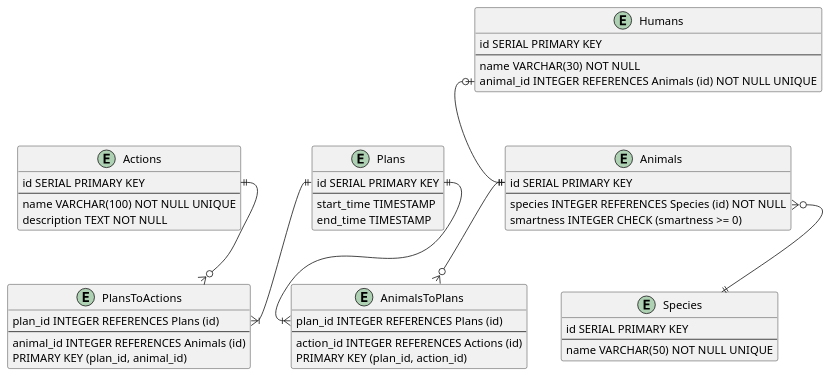
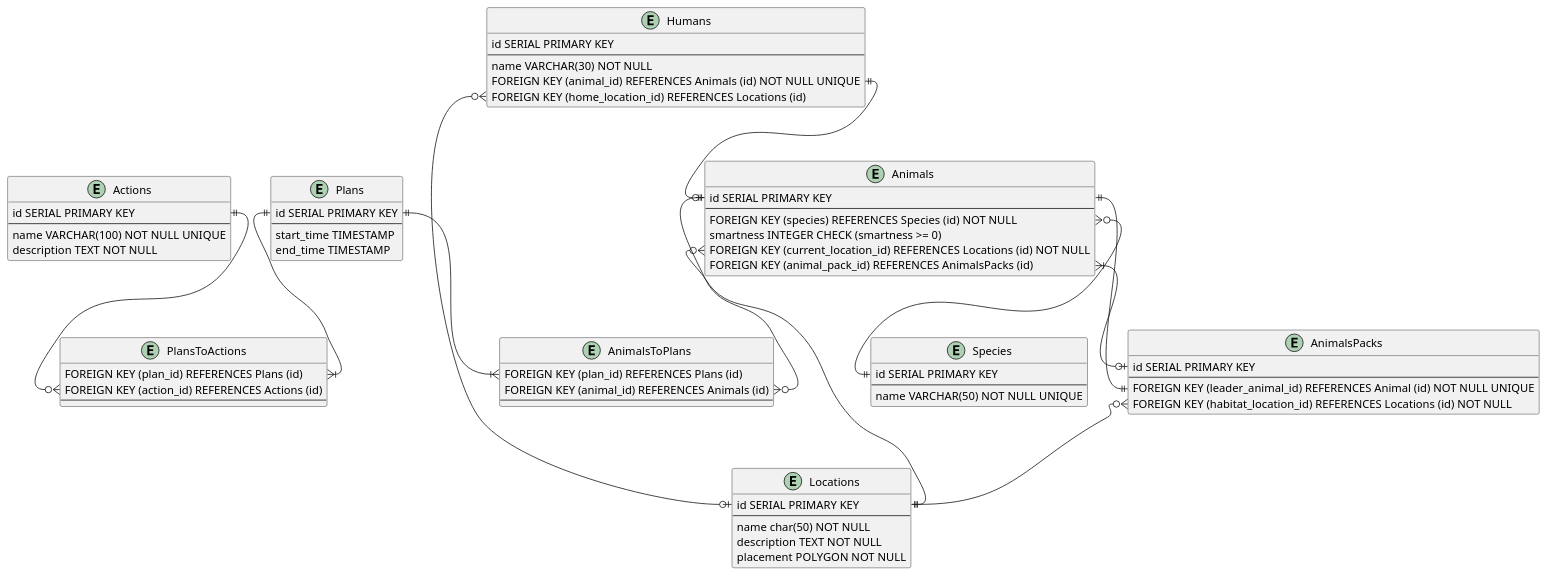
One commit to Mam-sDeveloper-ITMO/DB changed the diagram in lab0/assets/datamodel.puml. Above: the diagram before and after it, drawn with PlantUML. The commit also changed 7 other files, not shown here.

```diff
--- a/lab0/assets/datamodel.puml
+++ b/lab0/assets/datamodel.puml
@@ -1,63 +1,86 @@
 @startuml Data Model
 
 entity Humans {
     id SERIAL PRIMARY KEY
     --
     name VARCHAR(30) NOT NULL
-    animal_id INTEGER REFERENCES Animals (id) NOT NULL UNIQUE
+    FOREIGN KEY (animal_id) REFERENCES Animals (id) NOT NULL UNIQUE
+    FOREIGN KEY (home_location_id) REFERENCES Locations (id)
 }
 
 entity AnimalsToPlans {
-    plan_id INTEGER REFERENCES Plans (id)
+    FOREIGN KEY (plan_id) REFERENCES Plans (id)
+    FOREIGN KEY (animal_id) REFERENCES Animals (id)
     --
-    action_id INTEGER REFERENCES Actions (id)
-    PRIMARY KEY (plan_id, action_id)
 }
 
 
 entity Animals {
     id SERIAL PRIMARY KEY
     --
-    species INTEGER REFERENCES Species (id) NOT NULL
+    FOREIGN KEY (species) REFERENCES Species (id) NOT NULL
     smartness INTEGER CHECK (smartness >= 0)
+    FOREIGN KEY (current_location_id) REFERENCES Locations (id) NOT NULL
+    FOREIGN KEY (animal_pack_id) REFERENCES AnimalsPacks (id)
 }
 
 entity PlansToActions {
-    plan_id INTEGER REFERENCES Plans (id)
+    FOREIGN KEY (plan_id) REFERENCES Plans (id)
+    FOREIGN KEY (action_id) REFERENCES Actions (id)
     --
-    animal_id INTEGER REFERENCES Animals (id)
-    PRIMARY KEY (plan_id, animal_id)
 }
 
 entity Species {
     id SERIAL PRIMARY KEY
     --
     name VARCHAR(50) NOT NULL UNIQUE
 }
 
 entity Actions {
     id SERIAL PRIMARY KEY
     --
     name VARCHAR(100) NOT NULL UNIQUE
     description TEXT NOT NULL
 }
 
 entity Plans {
     id SERIAL PRIMARY KEY
     --
     start_time TIMESTAMP
     end_time TIMESTAMP
 }
 
+entity Locations {
+    id SERIAL PRIMARY KEY
+    --
+    name char(50) NOT NULL
+    description TEXT NOT NULL
+    placement POLYGON NOT NULL
+}
+
+entity AnimalsPacks {
+    id SERIAL PRIMARY KEY
+    --
+    FOREIGN KEY (leader_animal_id) REFERENCES Animal (id) NOT NULL UNIQUE
+    FOREIGN KEY (habitat_location_id) REFERENCES Locations (id) NOT NULL
+}
+
 
 Humans::animal_id |o--|| Animals::id
+Humans::home_location_id }o--o| Locations::id
 
-Animals::species }o--|| Species
+Animals::species }o--|| Species::id
+Animals::current_location_id }o--|| Locations::id
+Animals::animal_pack_id }|--o| AnimalsPacks::id
 
 Animals::id ||--o{ AnimalsToPlans::animal_id
 Plans::id ||--|{ AnimalsToPlans::plan_id
 
 Plans::id ||--|{ PlansToActions::plan_id
 Actions::id ||--o{ PlansToActions::action_id
 
+AnimalsPacks::leader_animal_id ||--|| Animals::id
+
+AnimalsPacks::habitat_location_id }o--|| Locations::id
+
 @enduml
```
